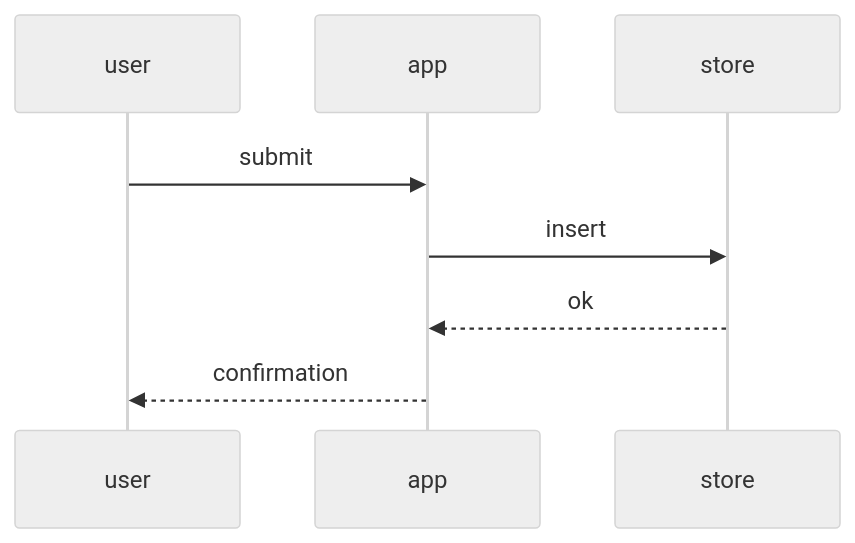
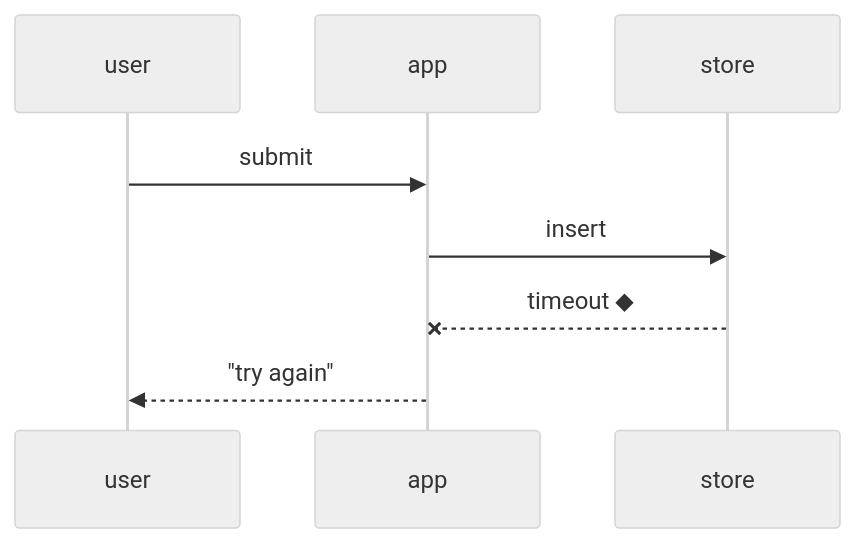
Before and after one commit to mknw/muster-skills: the second of 3 diagrams in visualizing/FORMS.md, drawn with Mermaid (neutral theme). The commit also changed other lines of this file and 5 other files, not shown here.

````diff
--- a/visualizing/FORMS.md
+++ b/visualizing/FORMS.md
@@ -76,10 +138,10 @@
 ```mermaid
 sequenceDiagram
   participant U as user
   participant A as app
   participant S as store
   U->>A: submit
   A->>S: insert
-  S-->>A: ok
-  A-->>U: confirmation
+  S--xA: timeout ◆
+  A-->>U: "try again"
 ```
````
